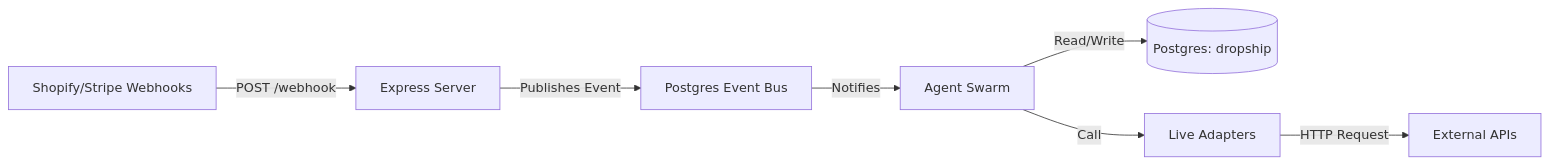
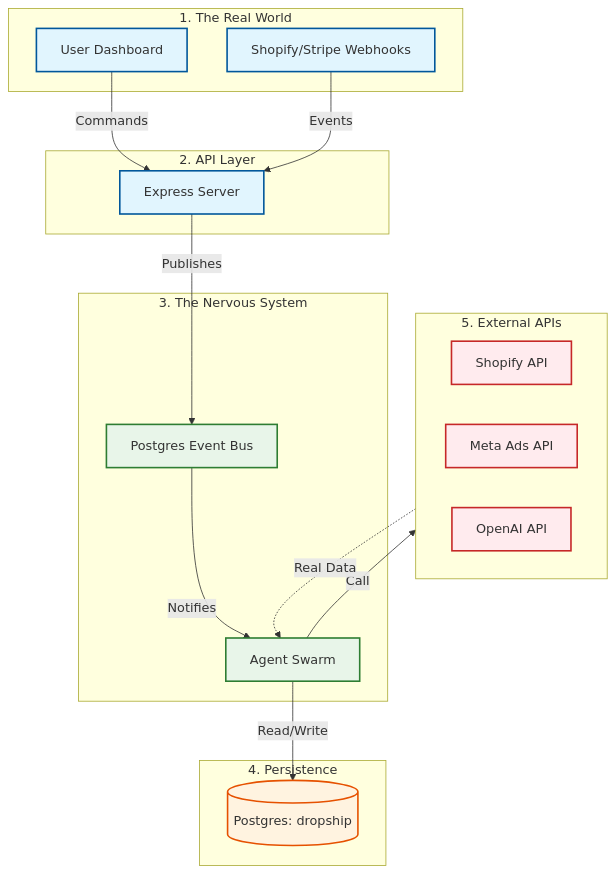
The second of 2 diagrams in Documentation/Reference/ENVIRONMENT_SIMULATION_V_LIVE.md (andylelli/ds1), drawn with Mermaid before and after one commit. The commit also changed other lines of this file and 1 other file, not shown here.

````diff
--- a/Documentation/Reference/ENVIRONMENT_SIMULATION_V_LIVE.md
+++ b/Documentation/Reference/ENVIRONMENT_SIMULATION_V_LIVE.md
@@ -37,9 +64,40 @@
 ```mermaid
-flowchart LR
-  World[Shopify/Stripe Webhooks] -->|POST /webhook| API[Express Server]
-  API -->|Publishes Event| Bus[Postgres Event Bus]
-  Bus -->|Notifies| Agents[Agent Swarm]
-  Agents -->|Read/Write| DB[(Postgres: dropship)]
-  Agents -->|Call| Real[Live Adapters]
-  Real -->|HTTP Request| External[External APIs]
+flowchart TD
+  %% Styles
+  classDef trigger fill:#e1f5fe,stroke:#01579b,stroke-width:2px;
+  classDef core fill:#e8f5e9,stroke:#2e7d32,stroke-width:2px;
+  classDef data fill:#fff3e0,stroke:#e65100,stroke-width:2px;
+  classDef external fill:#ffebee,stroke:#c62828,stroke-width:2px;
+
+  subgraph Triggers ["1. The Real World"]
+    User[User Dashboard]:::trigger
+    Webhooks[Shopify/Stripe Webhooks]:::trigger
+  end
+
+  subgraph Ingress ["2. API Layer"]
+    API[Express Server]:::trigger
+  end
+
+  subgraph Core ["3. The Nervous System"]
+    Bus[Postgres Event Bus]:::core
+    Agents[Agent Swarm]:::core
+  end
+
+  subgraph Data ["4. Persistence"]
+    DB[(Postgres: dropship)]:::data
+  end
+
+  subgraph External ["5. External APIs"]
+    Shopify[Shopify API]:::external
+    Meta[Meta Ads API]:::external
+    OpenAI[OpenAI API]:::external
+  end
+
+  User -->|Commands| API
+  Webhooks -->|Events| API
+  API -->|Publishes| Bus
+  Bus -->|Notifies| Agents
+  Agents -->|Read/Write| DB
+  Agents -->|Call| External
+  External -.->|Real Data| Agents
 ```
````
